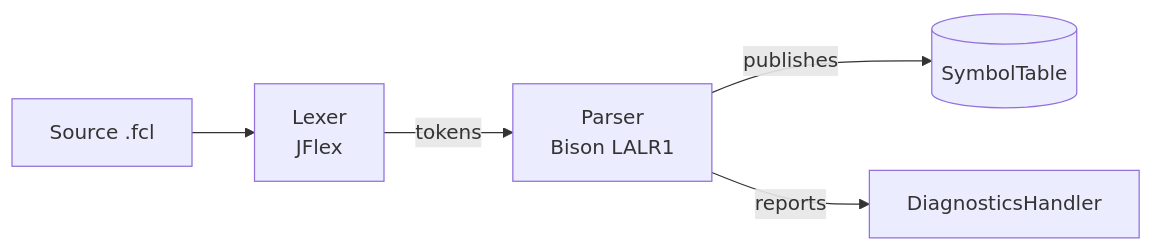
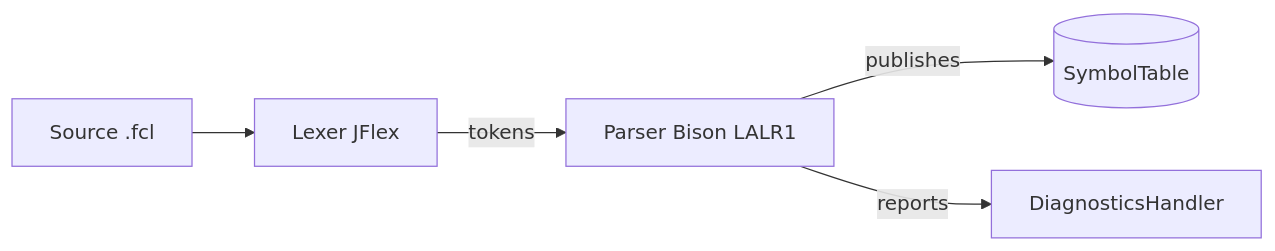
Before and after one commit to PascalUser/FLC-IEC61131-7: the diagram in README.md, drawn with Mermaid. The commit also changed other lines of this file and 45 other files, not shown here.

````diff
--- a/README.md
+++ b/README.md
@@ -54,7 +72,7 @@
 ```mermaid
 flowchart LR
-    SRC[Source .fcl] --> LEX[Lexer\nJFlex]
-    LEX -- tokens --> PAR[Parser\nBison LALR1]
+    SRC[Source .fcl] --> LEX[Lexer JFlex]
+    LEX -- tokens --> PAR[Parser Bison LALR1]
     PAR -- publishes --> ST[(SymbolTable)]
     PAR -- reports --> DIAG[DiagnosticsHandler]
 ```
````
